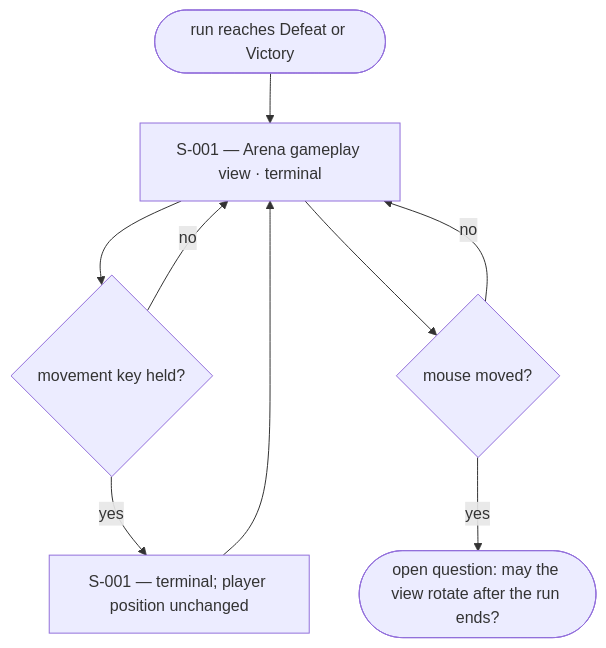
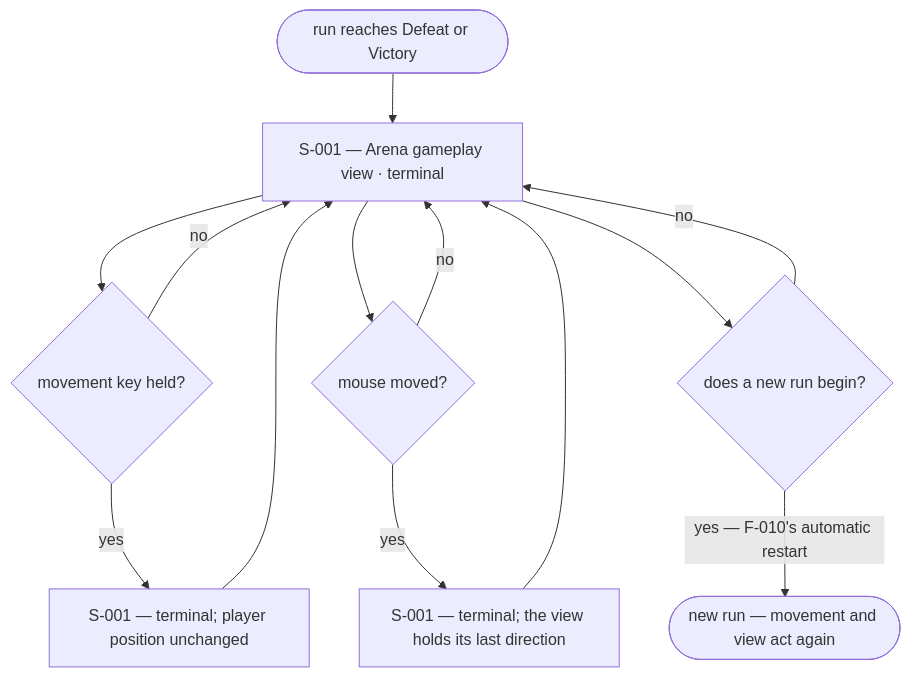
Before and after one commit to JunDmitry/Wild_Wild_West: the third of 3 diagrams in docs/design/features/F-001/ux-flows.md, drawn with Mermaid. The commit also changed other lines of this file and 1 other file, not shown here.

Commit message:
docs(design): settle F-001's view freeze after the run ends

````diff
--- a/docs/design/features/F-001/ux-flows.md
+++ b/docs/design/features/F-001/ux-flows.md
@@ -44,11 +44,15 @@
 ```mermaid
 flowchart TD
   A(["run reaches Defeat or Victory"]) --> B["S-001 — Arena gameplay view · terminal"]
   B --> C{"movement key held?"}
   C -- "yes" --> D["S-001 — terminal; player position unchanged"]
   C -- "no" --> B
   D --> B
   B --> E{"mouse moved?"}
   E -- "no" --> B
-  E -- "yes" --> F(["open question: may the view rotate after the run ends?"])
+  E -- "yes" --> F["S-001 — terminal; the view holds its last direction"]
+  F --> B
+  B --> G{"does a new run begin?"}
+  G -- "no" --> B
+  G -- "yes — F-010's automatic restart" --> H(["new run — movement and view act again"])
 ```
````
